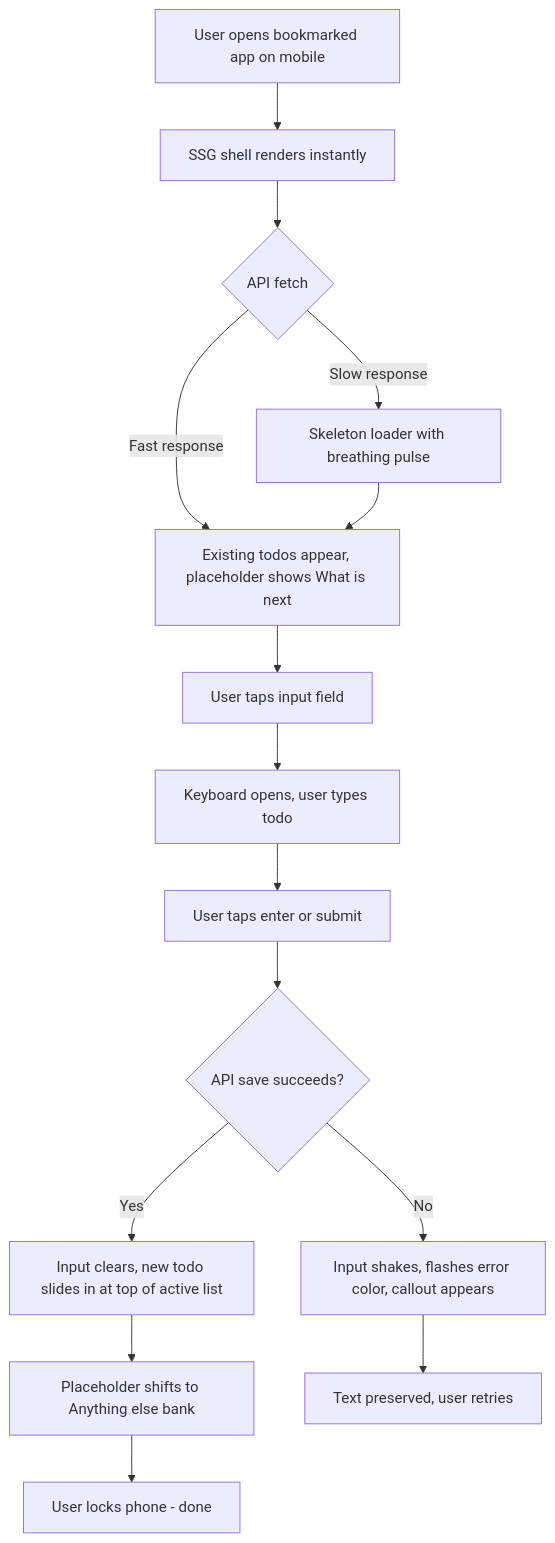
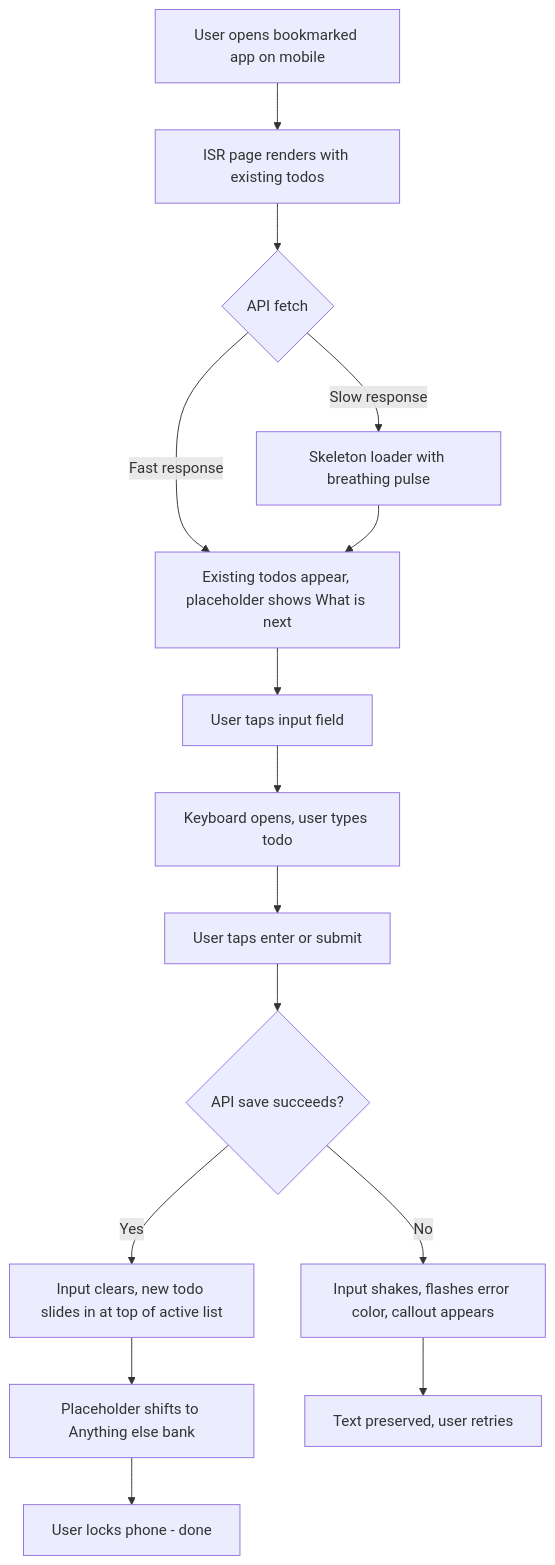
Before and after one commit to kgpax/todo-bmad: the second of 4 diagrams in _bmad-output/planning-artifacts/ux-design-specification.md, drawn with Mermaid. The commit also changed other lines of this file and 4 other files, not shown here.

Commit message:
Created architecture doc

````diff
--- a/_bmad-output/planning-artifacts/ux-design-specification.md
+++ b/_bmad-output/planning-artifacts/ux-design-specification.md
@@ -481,17 +481,17 @@
 ```mermaid
 flowchart TD
-    A[User opens bookmarked app on mobile] --> B[SSG shell renders instantly]
+    A[User opens bookmarked app on mobile] --> B[ISR page renders with existing todos]
     B --> C{API fetch}
     C -->|Fast response| D[Existing todos appear, placeholder shows What is next]
     C -->|Slow response| E[Skeleton loader with breathing pulse]
     E --> D
     D --> F[User taps input field]
     F --> G[Keyboard opens, user types todo]
     G --> H[User taps enter or submit]
     H --> I{API save succeeds?}
     I -->|Yes| J[Input clears, new todo slides in at top of active list]
     J --> K[Placeholder shifts to Anything else bank]
     K --> L[User locks phone - done]
     I -->|No| M[Input shakes, flashes error color, callout appears]
     M --> N[Text preserved, user retries]
 ```
````
